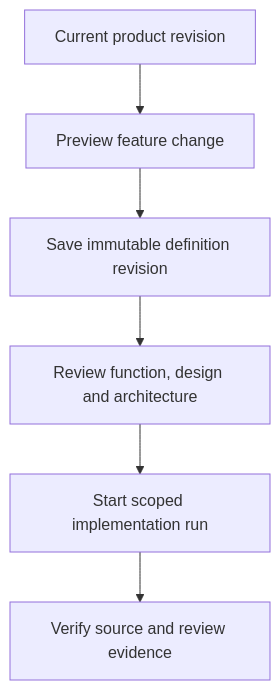
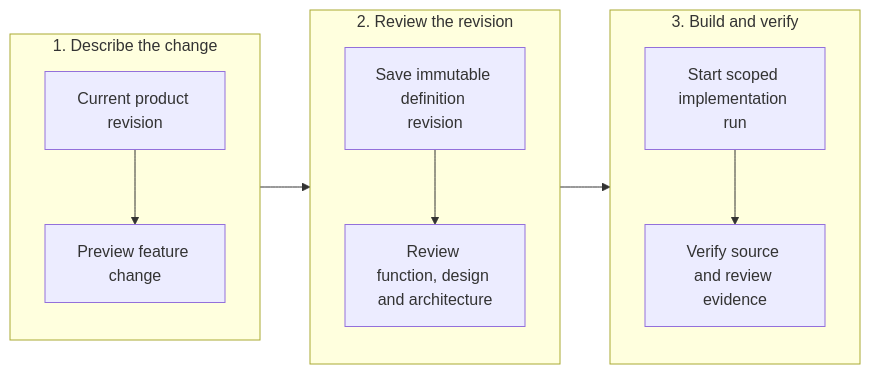
The diagram in docs/product-lifecycle.md (fireflyframework/firefly-forge), drawn with Mermaid before and after one commit. The commit also changed other lines of this file and 5 other files, not shown here.

Commit message:
Explain lifecycle flows as accessible horizontal phases

````diff
--- a/docs/product-lifecycle.md
+++ b/docs/product-lifecycle.md
@@ -13,8 +15,21 @@
 ```mermaid
-flowchart TD
-  A[Current product revision] --> B[Preview feature change]
-  B --> C[Save immutable definition revision]
-  C --> D[Review function, design and architecture]
-  D --> E[Start scoped implementation run]
-  E --> F[Verify source and review evidence]
+---
+config:
+  flowchart:
+    wrappingWidth: 120
+---
+flowchart LR
+  subgraph ChangePhase["1. Describe the change"]
+    direction TB
+    A[Current product revision] --> B[Preview feature change]
+  end
+  subgraph ReviewPhase["2. Review the revision"]
+    direction TB
+    C[Save immutable definition revision] --> D[Review function, design and architecture]
+  end
+  subgraph BuildPhase["3. Build and verify"]
+    direction TB
+    E[Start scoped implementation run] --> F[Verify source and review evidence]
+  end
+  ChangePhase --> ReviewPhase --> BuildPhase
 ```
````
